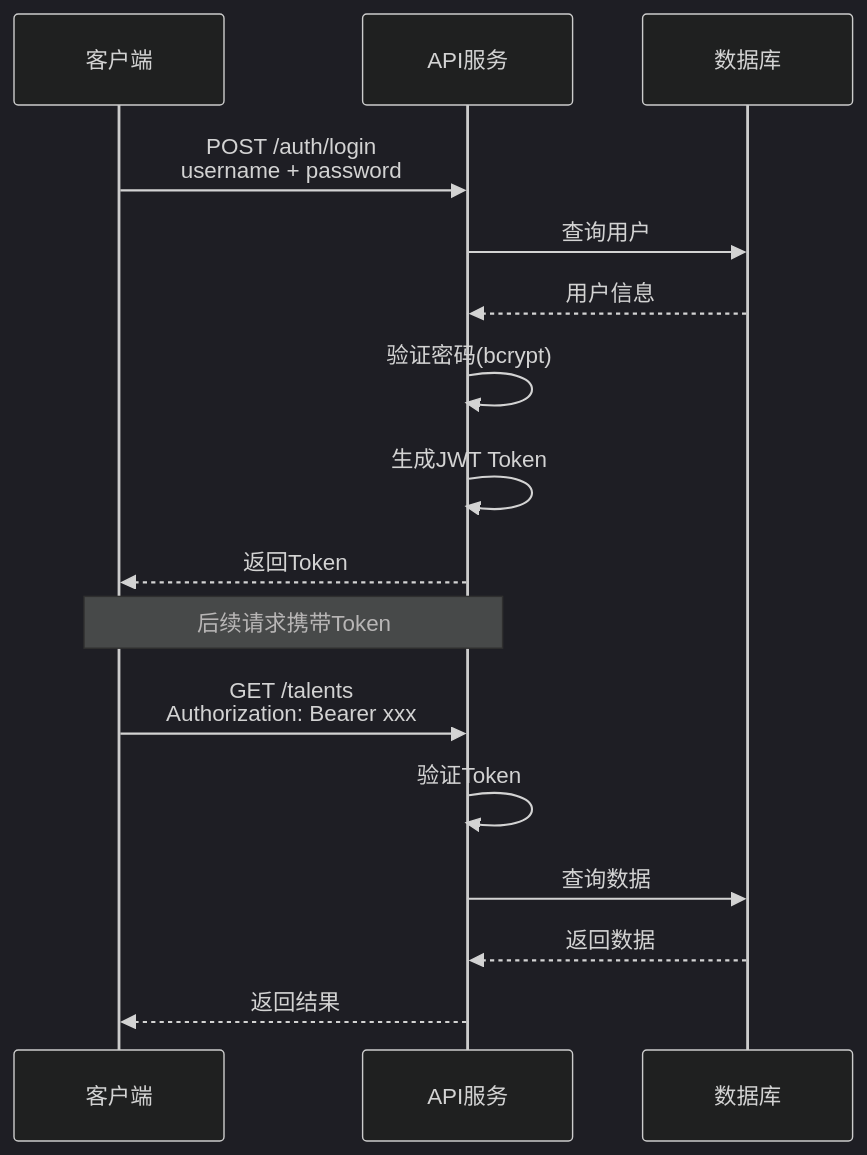
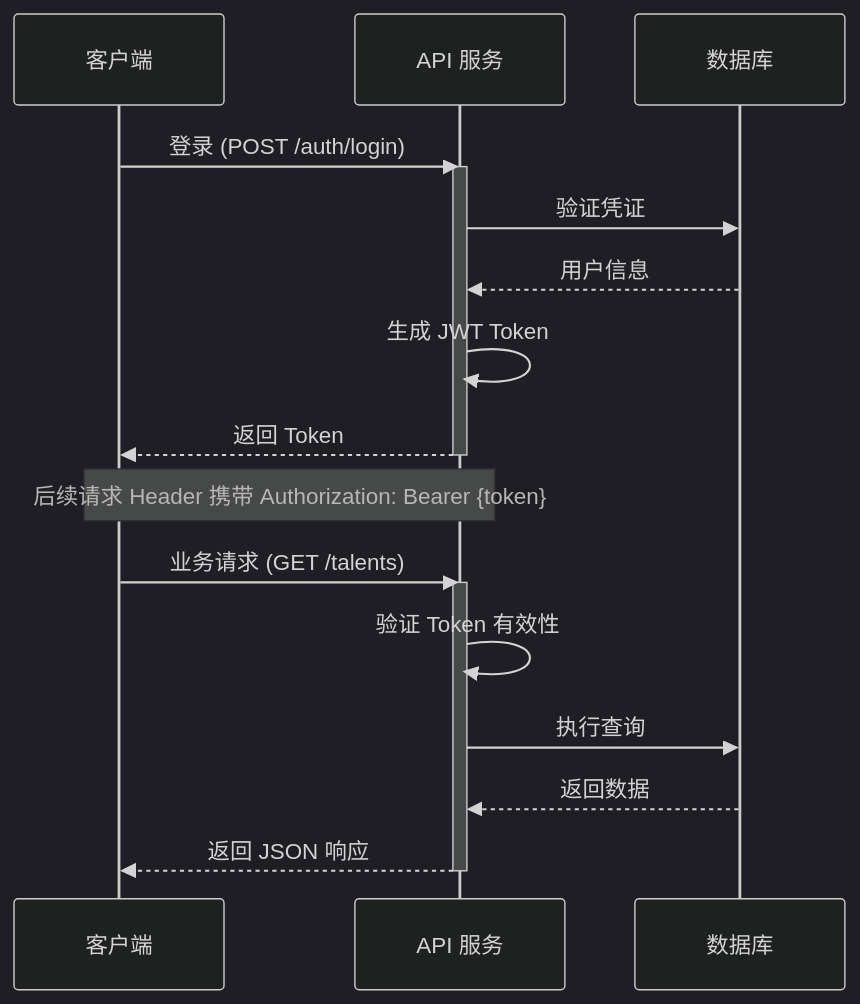
One commit to xt765/ResumeScreening changed the second of 8 diagrams in docs/api.md. Above: the diagram before and after it, drawn with Mermaid (dark theme). The commit also changed other lines of this file and 5 other files, not shown here.

Commit message:
refactor: remove similarity score and update documentation diagrams

````diff
--- a/docs/api.md
+++ b/docs/api.md
@@ -48,21 +39,24 @@
 ```mermaid
 sequenceDiagram
-    participant C as 客户端
-    participant A as API服务
-    participant D as 数据库
+    participant Client as 客户端
+    participant API as API 服务
+    participant DB as 数据库
     
-    C->>A: POST /auth/login<br/>username + password
-    A->>D: 查询用户
-    D-->>A: 用户信息
-    A->>A: 验证密码(bcrypt)
-    A->>A: 生成JWT Token
-    A-->>C: 返回Token
+    Client->>API: 登录 (POST /auth/login)
+    activate API
+    API->>DB: 验证凭证
+    DB-->>API: 用户信息
+    API->>API: 生成 JWT Token
+    API-->>Client: 返回 Token
+    deactivate API
     
-    Note over C,A: 后续请求携带Token
+    Note over Client,API: 后续请求 Header 携带 Authorization: Bearer {token}
     
-    C->>A: GET /talents<br/>Authorization: Bearer xxx
-    A->>A: 验证Token
-    A->>D: 查询数据
-    D-->>A: 返回数据
-    A-->>C: 返回结果
+    Client->>API: 业务请求 (GET /talents)
+    activate API
+    API->>API: 验证 Token 有效性
+    API->>DB: 执行查询
+    DB-->>API: 返回数据
+    API-->>Client: 返回 JSON 响应
+    deactivate API
 ```
````
